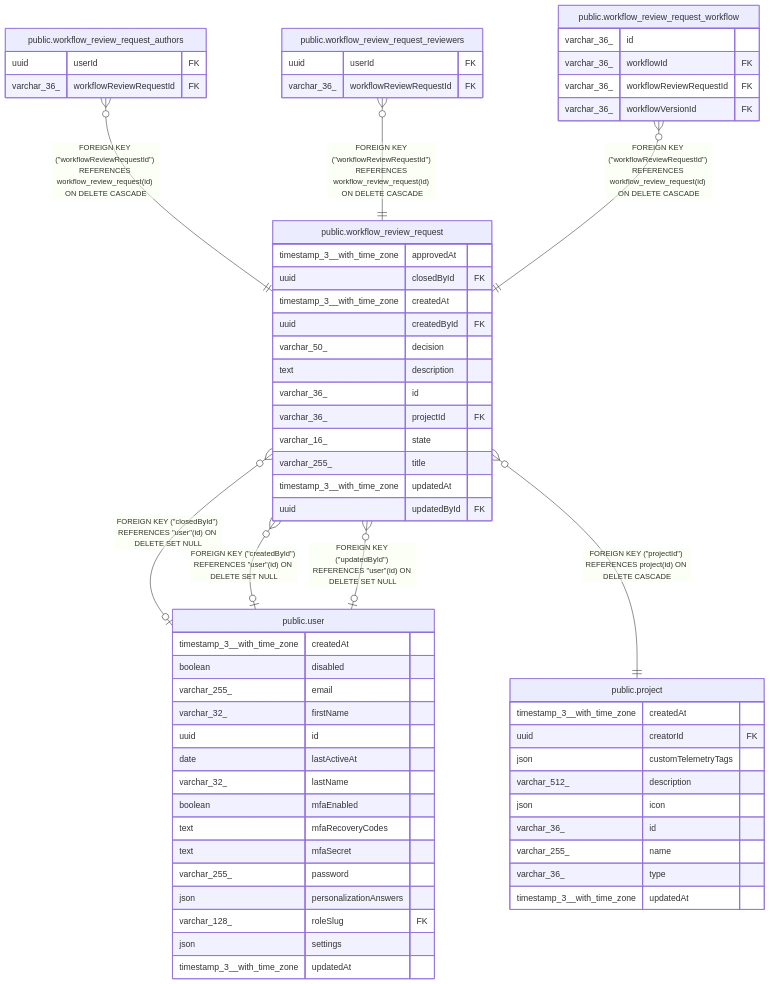
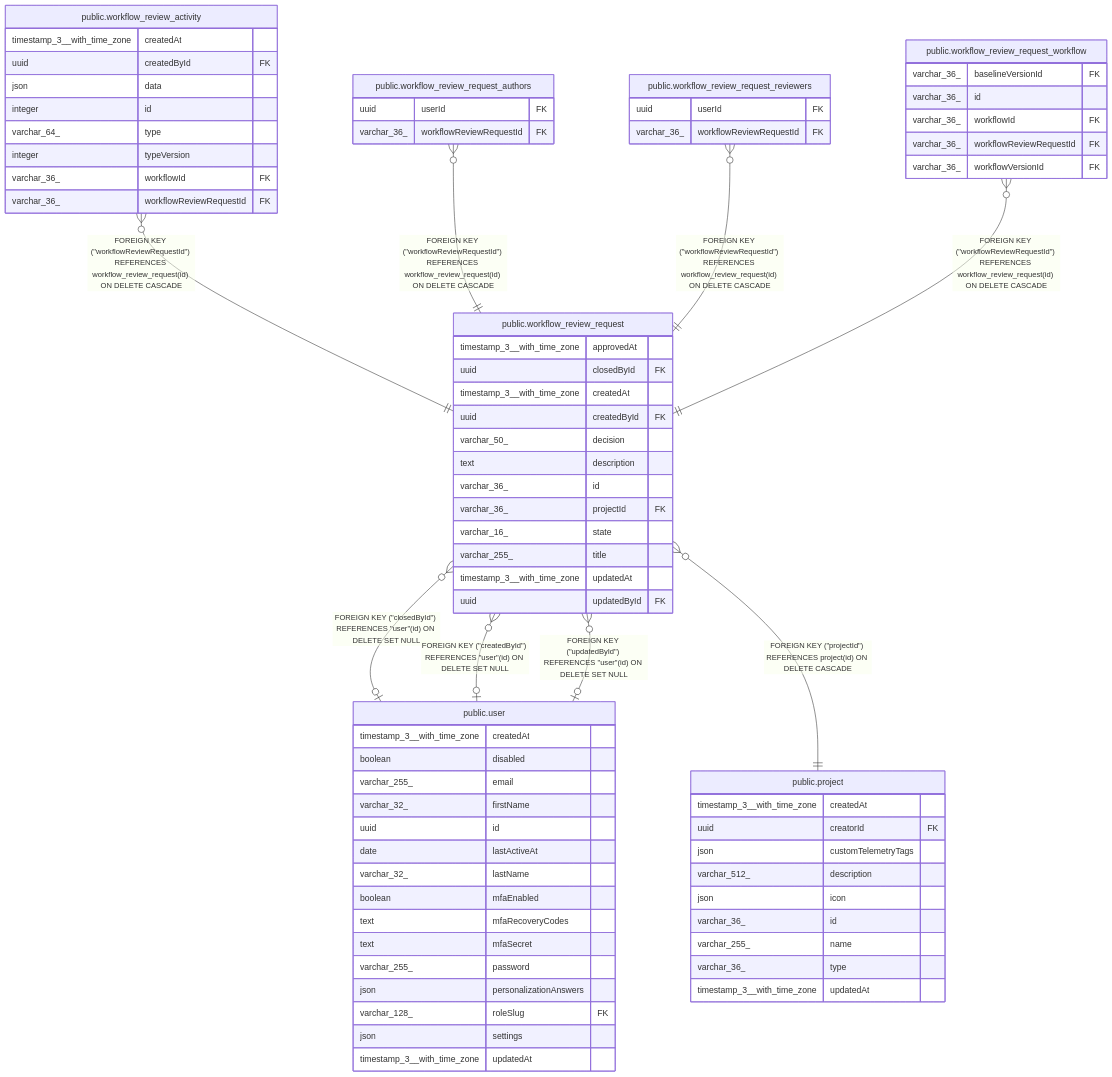
The diagram in mcp/servers/n8n/docs/generated/postgres-schema/public.workflow_review_request.md (welcomelwd/every-skill), drawn with Mermaid before and after one commit. The commit also changed other lines of this file and 11791 other files, not shown here.

````diff
--- a/mcp/servers/n8n/docs/generated/postgres-schema/public.workflow_review_request.md
+++ b/mcp/servers/n8n/docs/generated/postgres-schema/public.workflow_review_request.md
@@ -48,68 +48,80 @@
 ```mermaid
 erDiagram
 
 "public.workflow_review_request" }o--o| "public.user" : "FOREIGN KEY (#quot;closedById#quot;) REFERENCES #quot;user#quot;(id) ON DELETE SET NULL"
 "public.workflow_review_request" }o--o| "public.user" : "FOREIGN KEY (#quot;createdById#quot;) REFERENCES #quot;user#quot;(id) ON DELETE SET NULL"
+"public.workflow_review_activity" }o--|| "public.workflow_review_request" : "FOREIGN KEY (#quot;workflowReviewRequestId#quot;) REFERENCES workflow_review_request(id) ON DELETE CASCADE"
 "public.workflow_review_request_authors" }o--|| "public.workflow_review_request" : "FOREIGN KEY (#quot;workflowReviewRequestId#quot;) REFERENCES workflow_review_request(id) ON DELETE CASCADE"
 "public.workflow_review_request_reviewers" }o--|| "public.workflow_review_request" : "FOREIGN KEY (#quot;workflowReviewRequestId#quot;) REFERENCES workflow_review_request(id) ON DELETE CASCADE"
 "public.workflow_review_request_workflow" }o--|| "public.workflow_review_request" : "FOREIGN KEY (#quot;workflowReviewRequestId#quot;) REFERENCES workflow_review_request(id) ON DELETE CASCADE"
 "public.workflow_review_request" }o--|| "public.project" : "FOREIGN KEY (#quot;projectId#quot;) REFERENCES project(id) ON DELETE CASCADE"
 "public.workflow_review_request" }o--o| "public.user" : "FOREIGN KEY (#quot;updatedById#quot;) REFERENCES #quot;user#quot;(id) ON DELETE SET NULL"
 
 "public.workflow_review_request" {
   timestamp_3__with_time_zone approvedAt
   uuid closedById FK
   timestamp_3__with_time_zone createdAt
   uuid createdById FK
   varchar_50_ decision
   text description
   varchar_36_ id
   varchar_36_ projectId FK
   varchar_16_ state
   varchar_255_ title
   timestamp_3__with_time_zone updatedAt
   uuid updatedById FK
 }
 "public.user" {
   timestamp_3__with_time_zone createdAt
   boolean disabled
   varchar_255_ email
   varchar_32_ firstName
   uuid id
   date lastActiveAt
   varchar_32_ lastName
   boolean mfaEnabled
   text mfaRecoveryCodes
   text mfaSecret
   varchar_255_ password
   json personalizationAnswers
   varchar_128_ roleSlug FK
   json settings
   timestamp_3__with_time_zone updatedAt
 }
+"public.workflow_review_activity" {
+  timestamp_3__with_time_zone createdAt
+  uuid createdById FK
+  json data
+  integer id
+  varchar_64_ type
+  integer typeVersion
+  varchar_36_ workflowId FK
+  varchar_36_ workflowReviewRequestId FK
+}
 "public.workflow_review_request_authors" {
   uuid userId FK
   varchar_36_ workflowReviewRequestId FK
 }
 "public.workflow_review_request_reviewers" {
   uuid userId FK
   varchar_36_ workflowReviewRequestId FK
 }
 "public.workflow_review_request_workflow" {
+  varchar_36_ baselineVersionId FK
   varchar_36_ id
   varchar_36_ workflowId FK
   varchar_36_ workflowReviewRequestId FK
   varchar_36_ workflowVersionId FK
 }
 "public.project" {
   timestamp_3__with_time_zone createdAt
   uuid creatorId FK
   json customTelemetryTags
   varchar_512_ description
   json icon
   varchar_36_ id
   varchar_255_ name
   varchar_36_ type
   timestamp_3__with_time_zone updatedAt
 }
 ```
````
